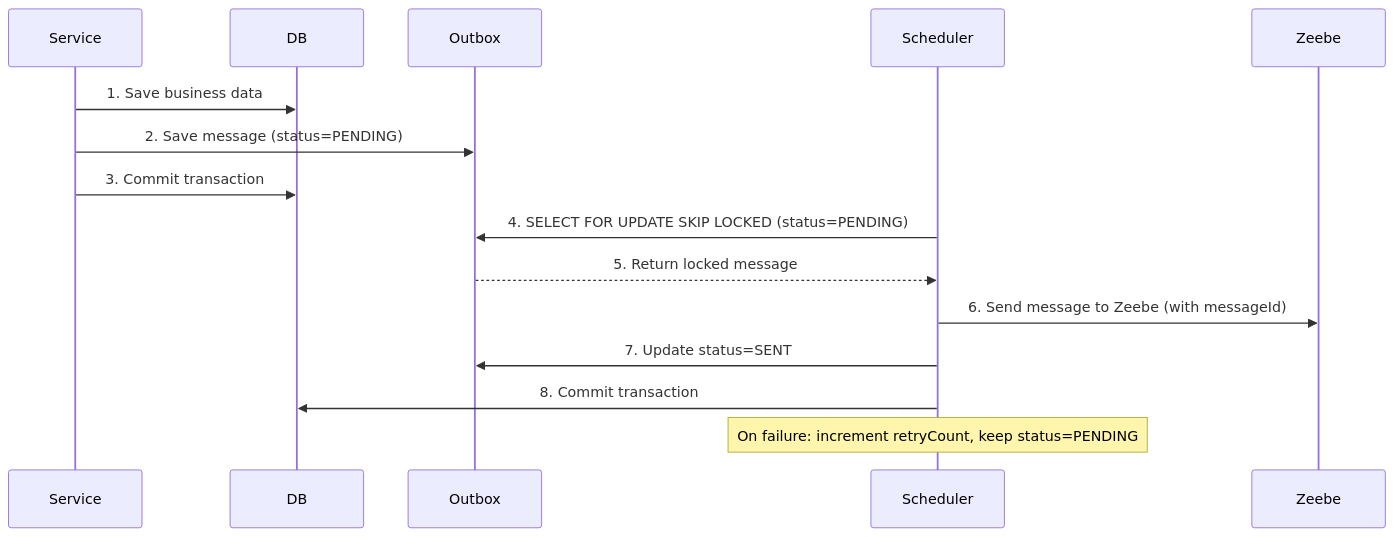
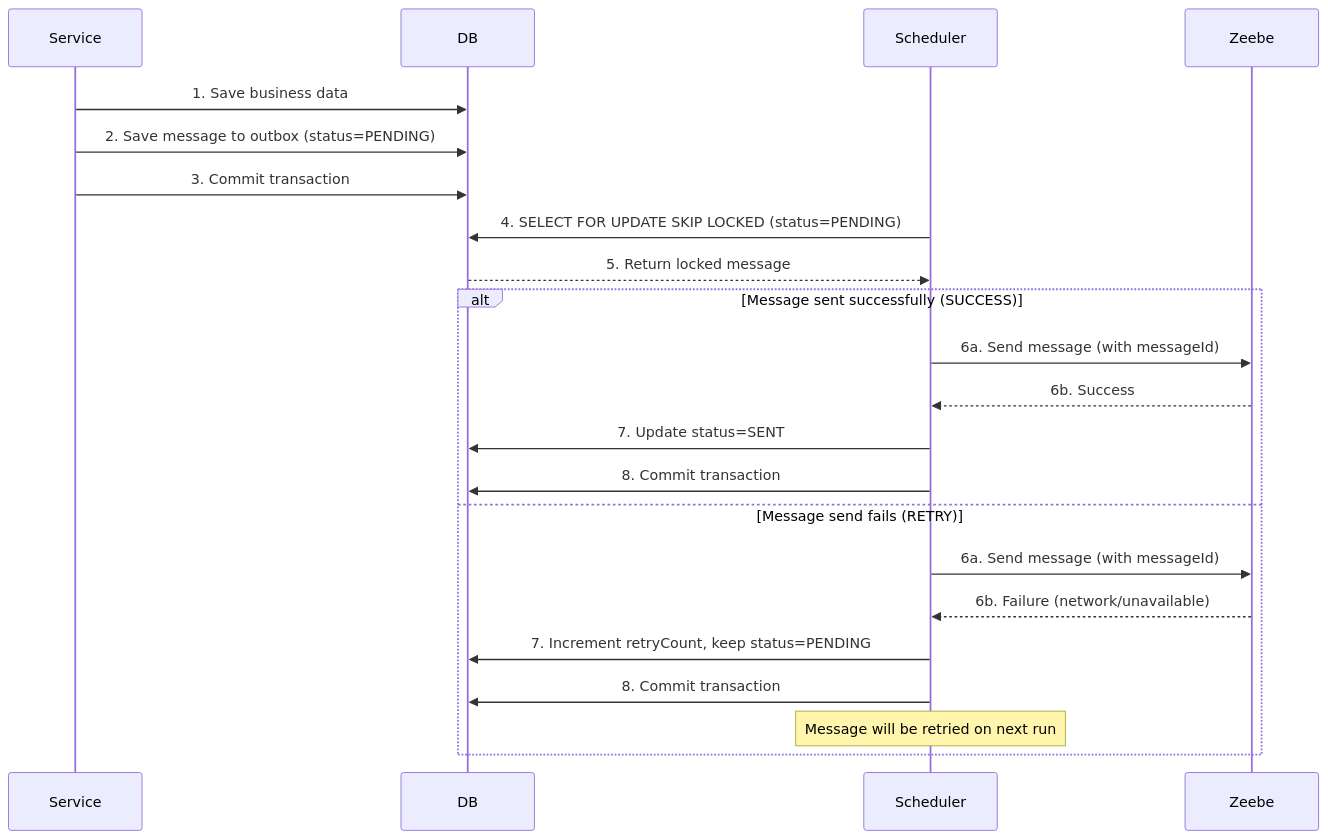
One commit to emaarco/distributed-horcruxes changed the diagram in examples/outbox-pattern/README.md. Above: the diagram before and after it, drawn with Mermaid. The commit also changed 45 other files, not shown here.

````diff
--- a/examples/outbox-pattern/README.md
+++ b/examples/outbox-pattern/README.md
@@ -216,17 +216,26 @@
 ```mermaid
 sequenceDiagram
     participant Service
     participant DB
-    participant Outbox
     participant Scheduler
     participant Zeebe
+
     Service ->> DB: 1. Save business data
-    Service ->> Outbox: 2. Save message (status=PENDING)
+    Service ->> DB: 2. Save message to outbox (status=PENDING)
     Service ->> DB: 3. Commit transaction
-    Scheduler ->> Outbox: 4. SELECT FOR UPDATE SKIP LOCKED (status=PENDING)
-    Outbox -->> Scheduler: 5. Return locked message
-    Scheduler ->> Zeebe: 6. Send message to Zeebe (with messageId)
-    Scheduler ->> Outbox: 7. Update status=SENT
-    Scheduler ->> DB: 8. Commit transaction
-    Note over Scheduler: On failure: increment retryCount, keep status=PENDING
+    Scheduler ->> DB: 4. SELECT FOR UPDATE SKIP LOCKED (status=PENDING)
+    DB -->> Scheduler: 5. Return locked message
+
+    alt Message sent successfully (SUCCESS)
+        Scheduler ->> Zeebe: 6a. Send message (with messageId)
+        Zeebe -->> Scheduler: 6b. Success
+        Scheduler ->> DB: 7. Update status=SENT
+        Scheduler ->> DB: 8. Commit transaction
+    else Message send fails (RETRY)
+        Scheduler ->> Zeebe: 6a. Send message (with messageId)
+        Zeebe -->> Scheduler: 6b. Failure (network/unavailable)
+        Scheduler ->> DB: 7. Increment retryCount, keep status=PENDING
+        Scheduler ->> DB: 8. Commit transaction
+        Note over Scheduler: Message will be retried on next run
+    end
 ```
````
